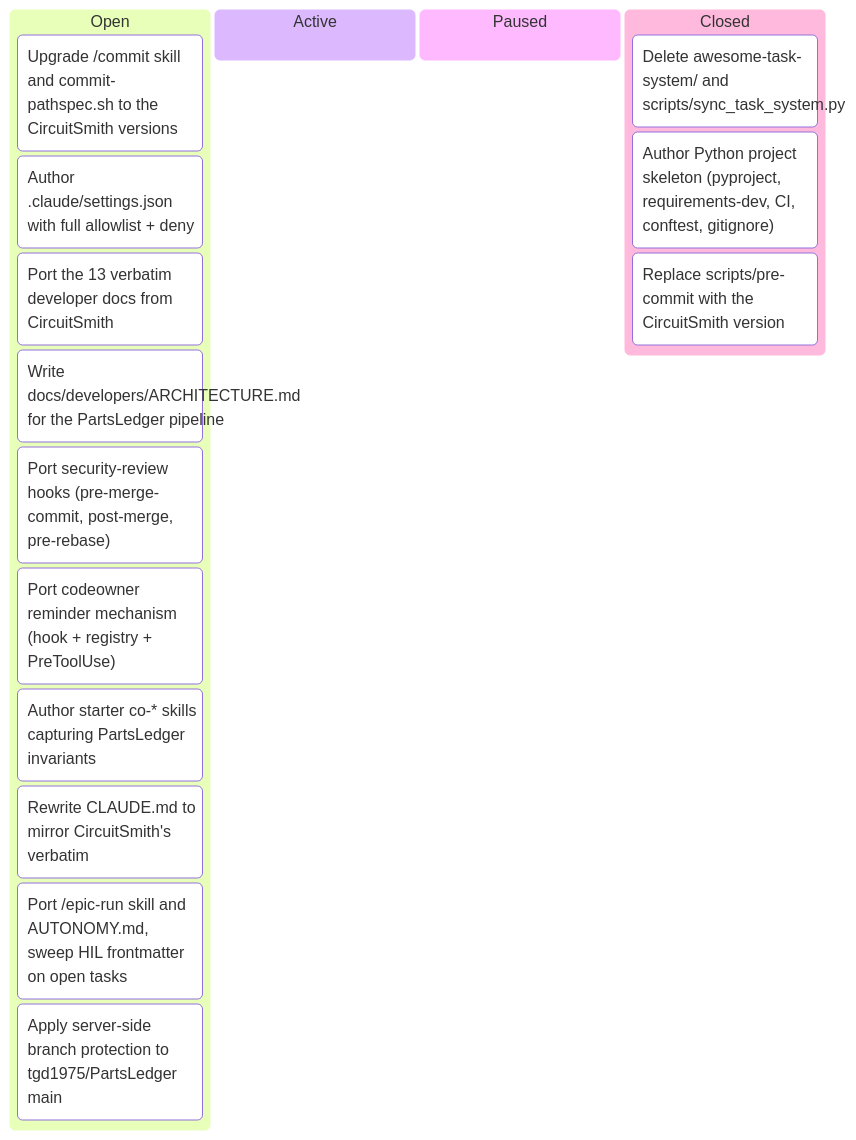
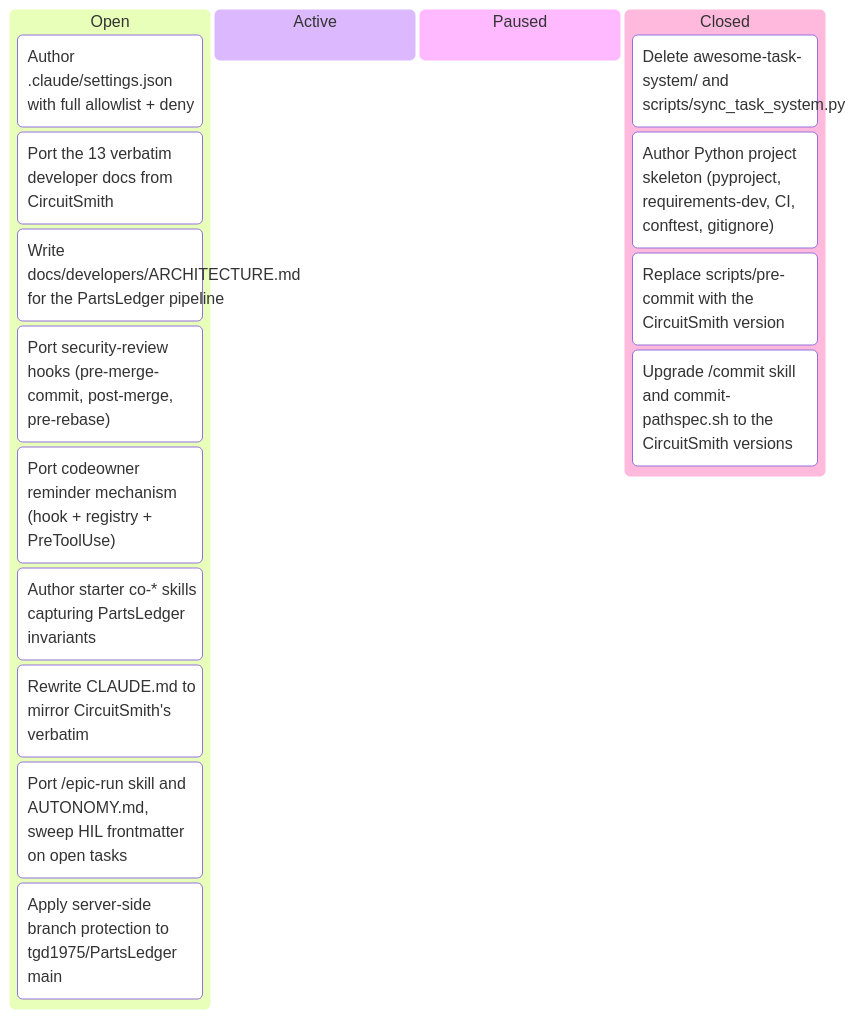
Before and after one commit to tgd1975/PartsLedger: the diagram in docs/developers/tasks/KANBAN.md, drawn with Mermaid. The commit also changed other lines of this file and 5 other files, not shown here.

First line of the commit message:
close TASK-004: Upgrade /commit skill and commit-pathspec.sh

````diff
--- a/docs/developers/tasks/KANBAN.md
+++ b/docs/developers/tasks/KANBAN.md
@@ -11,20 +11,20 @@
 ```mermaid
 kanban
   Open
-    TASK_004["Upgrade /commit skill and commit-pathspec.sh to the CircuitSmith versions"]
     TASK_005["Author .claude/settings.json with full allowlist + deny"]
     TASK_006["Port the 13 verbatim developer docs from CircuitSmith"]
     TASK_007["Write docs/developers/ARCHITECTURE.md for the PartsLedger pipeline"]
     TASK_008["Port security-review hooks (pre-merge-commit, post-merge, pre-rebase)"]
     TASK_009["Port codeowner reminder mechanism (hook + registry + PreToolUse)"]
     TASK_010["Author starter co-* skills capturing PartsLedger invariants"]
     TASK_011["Rewrite CLAUDE.md to mirror CircuitSmith's verbatim"]
     TASK_012["Port /epic-run skill and AUTONOMY.md, sweep HIL frontmatter on open tasks"]
     TASK_013["Apply server-side branch protection to tgd1975/PartsLedger main"]
   Active
   Paused
   Closed
     TASK_001["Delete awesome-task-system/ and scripts/sync_task_system.py"]
     TASK_002["Author Python project skeleton (pyproject, requirements-dev, CI, conftest, gitignore)"]
     TASK_003["Replace scripts/pre-commit with the CircuitSmith version"]
+    TASK_004["Upgrade /commit skill and commit-pathspec.sh to the CircuitSmith versions"]
 ```
````
